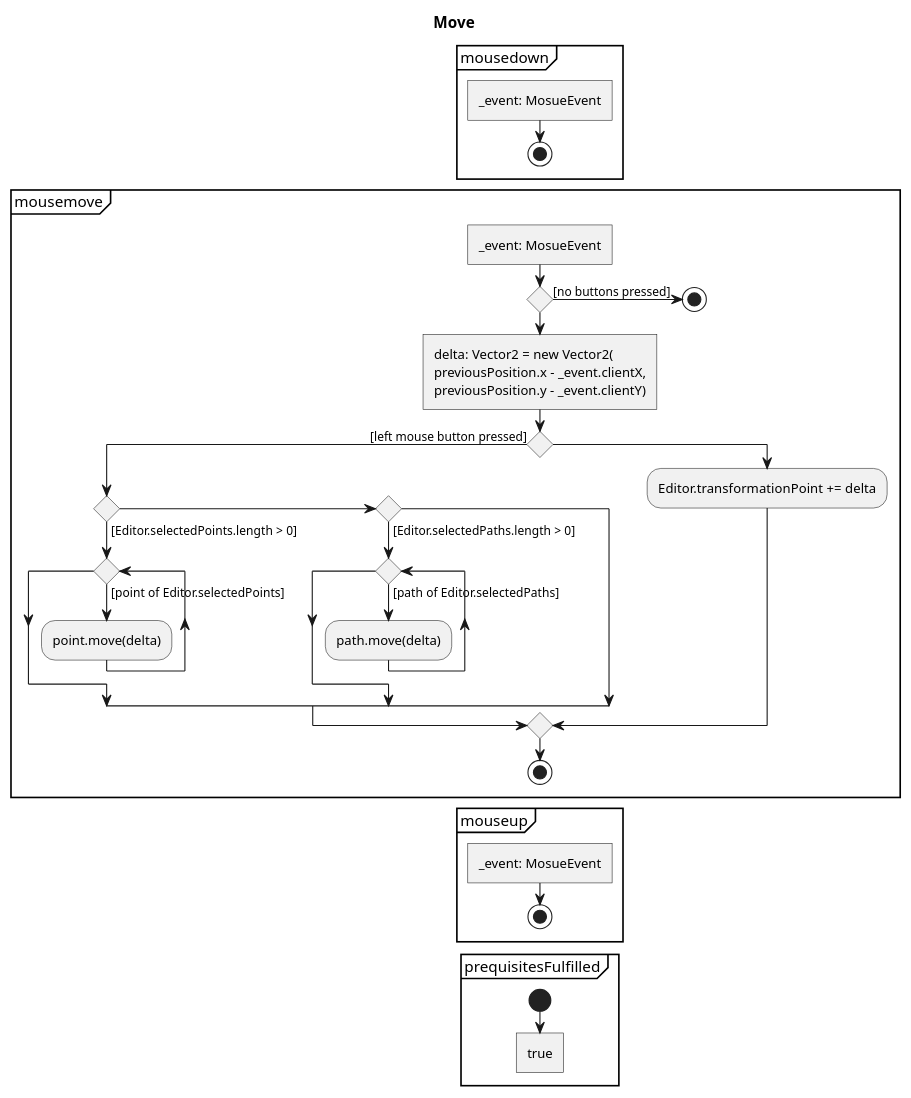
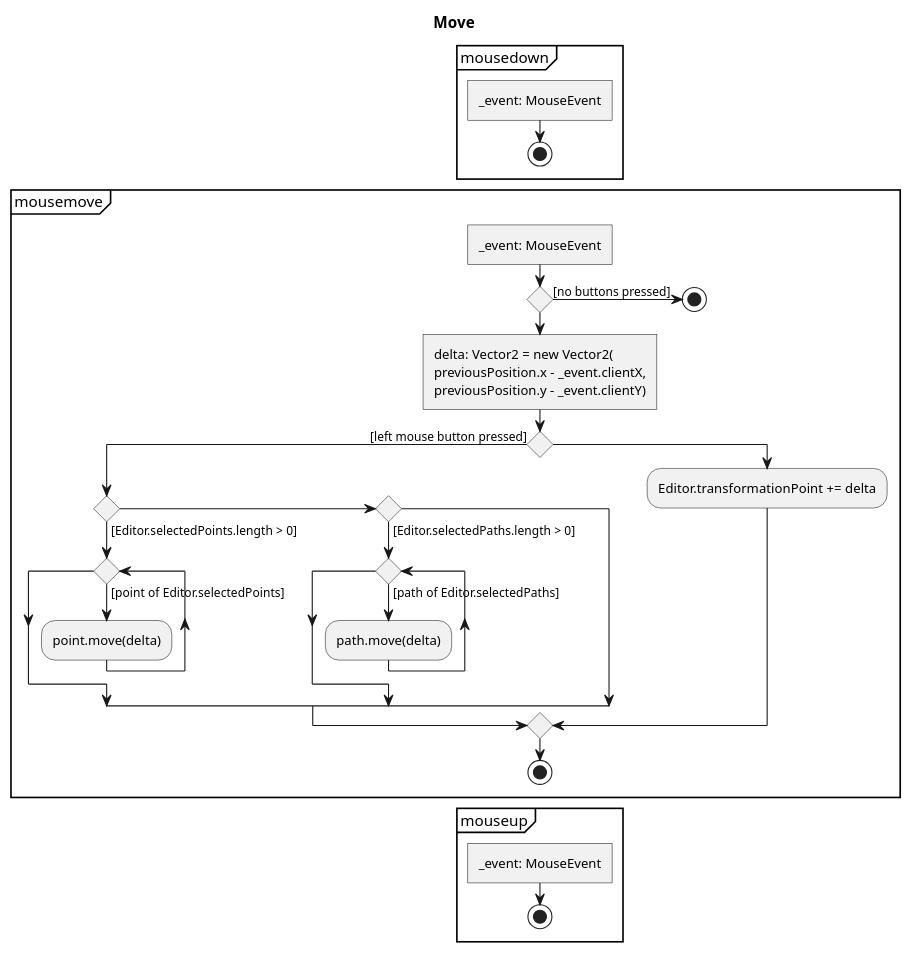
The diagram in Experiments/Lukas/VectorEditor/concept/Activities/Actions/Move.puml (JirkaDellOro/FUDGE), drawn with PlantUML before and after one commit. The commit also changed 8 other files, not shown here.

Commit message:
more activity diagrams

```diff
--- a/Experiments/Lukas/VectorEditor/concept/Activities/Actions/Move.puml
+++ b/Experiments/Lukas/VectorEditor/concept/Activities/Actions/Move.puml
@@ -1,45 +1,40 @@
 @startuml Move
 skinparam monochrome true
 
 title Move
 
 partition mousedown {
-	:_event: MosueEvent]
+	:_event: MouseEvent]
 	stop
 }
 
 partition mousemove {
-	:_event: MosueEvent]
+	:_event: MouseEvent]
 	if() then ([no buttons pressed])
 	stop
 	endif
 	:delta: Vector2 = new Vector2(
 	previousPosition.x - _event.clientX,
 	previousPosition.y - _event.clientY)]
 	if() then ([left mouse button pressed])
 		if() then ([Editor.selectedPoints.length > 0])
 			while() is ([point of Editor.selectedPoints])
 				:point.move(delta);
 			endwhile
 		elseif () then ([Editor.selectedPaths.length > 0])
 			while() is ([path of Editor.selectedPaths])
 				:path.move(delta);
 			endwhile
 		endif
 	else
 		:Editor.transformationPoint += delta;
 	endif
 	stop
 }
 
 partition mouseup {
-	:_event: MosueEvent]
+	:_event: MouseEvent]
 	stop
 }
 
-partition prequisitesFulfilled {
-	start
-	:true]
-}
-
 @enduml
```
